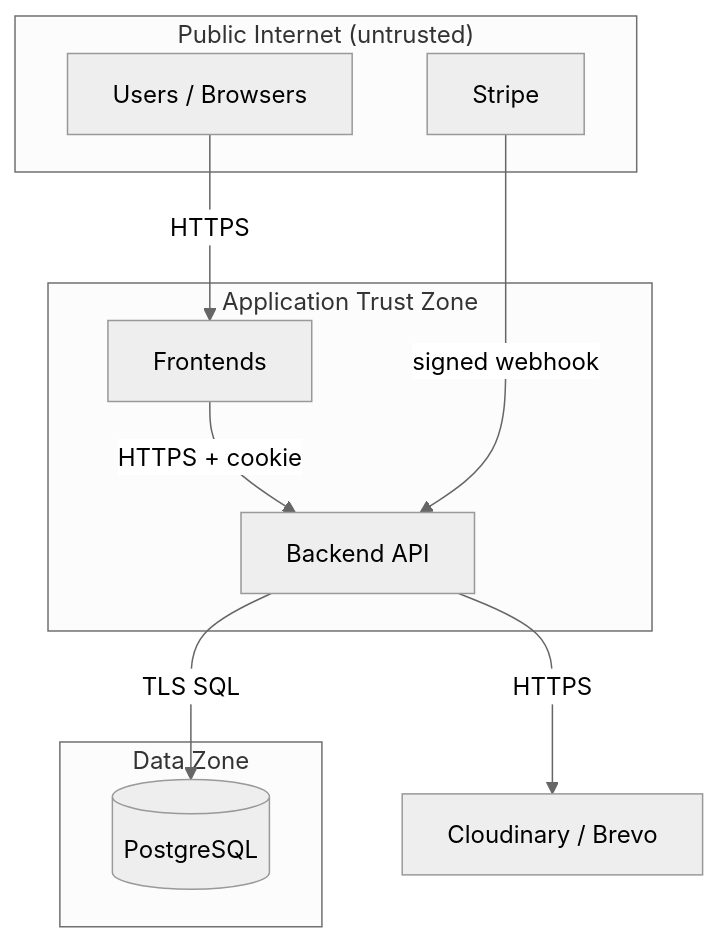
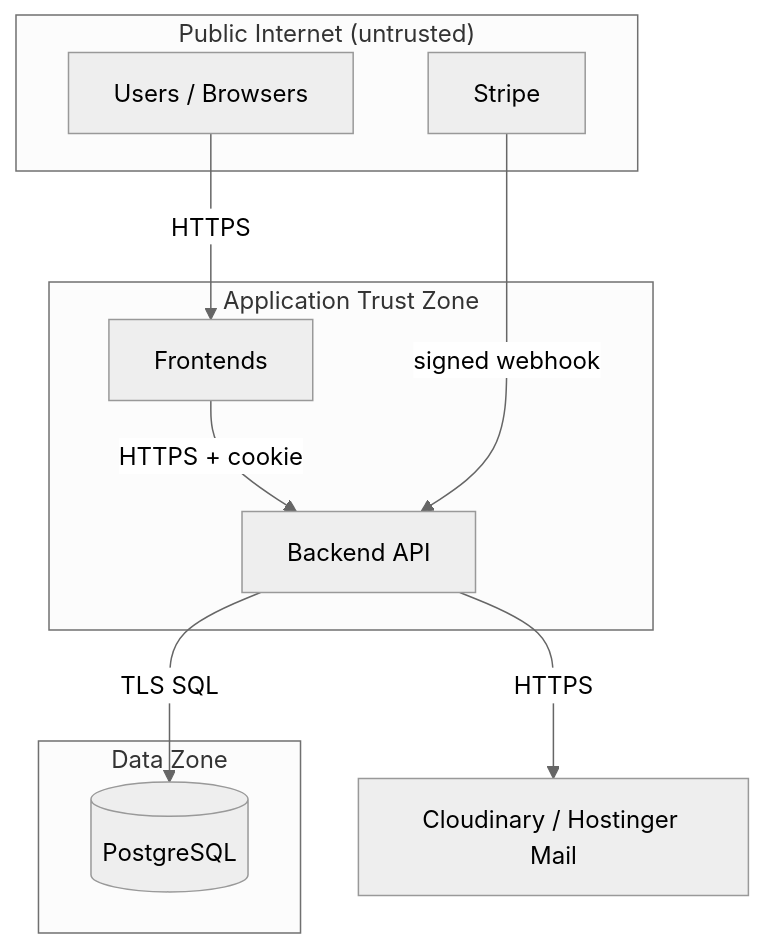
Before and after one commit to Rafy-Tho/LearnSphere: the second of 2 diagrams in docs/diagrams/system-context.md, drawn with Mermaid (neutral theme). The commit also changed other lines of this file and 16 other files, not shown here.

````diff
--- a/docs/diagrams/system-context.md
+++ b/docs/diagrams/system-context.md
@@ -58,19 +61,19 @@
 ```mermaid
 flowchart TB
   subgraph Public["Public Internet (untrusted)"]
     U[Users / Browsers]
     S[Stripe]
   end
   subgraph App["Application Trust Zone"]
     FE[Frontends]
     API[Backend API]
   end
   subgraph Data["Data Zone"]
     DB[(PostgreSQL)]
   end
   U -->|HTTPS| FE
   FE -->|HTTPS + cookie| API
   S -->|signed webhook| API
   API -->|TLS SQL| DB
-  API -->|HTTPS| EXT[Cloudinary / Brevo]
+  API -->|HTTPS| EXT[Cloudinary / Hostinger Mail]
 ```
````
